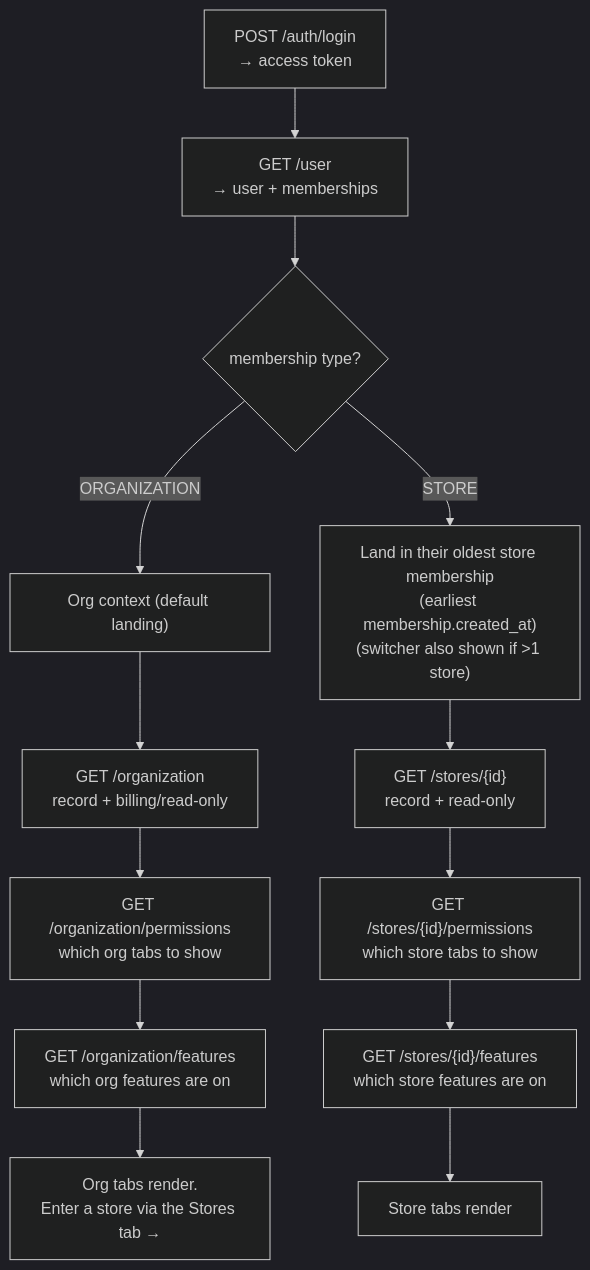
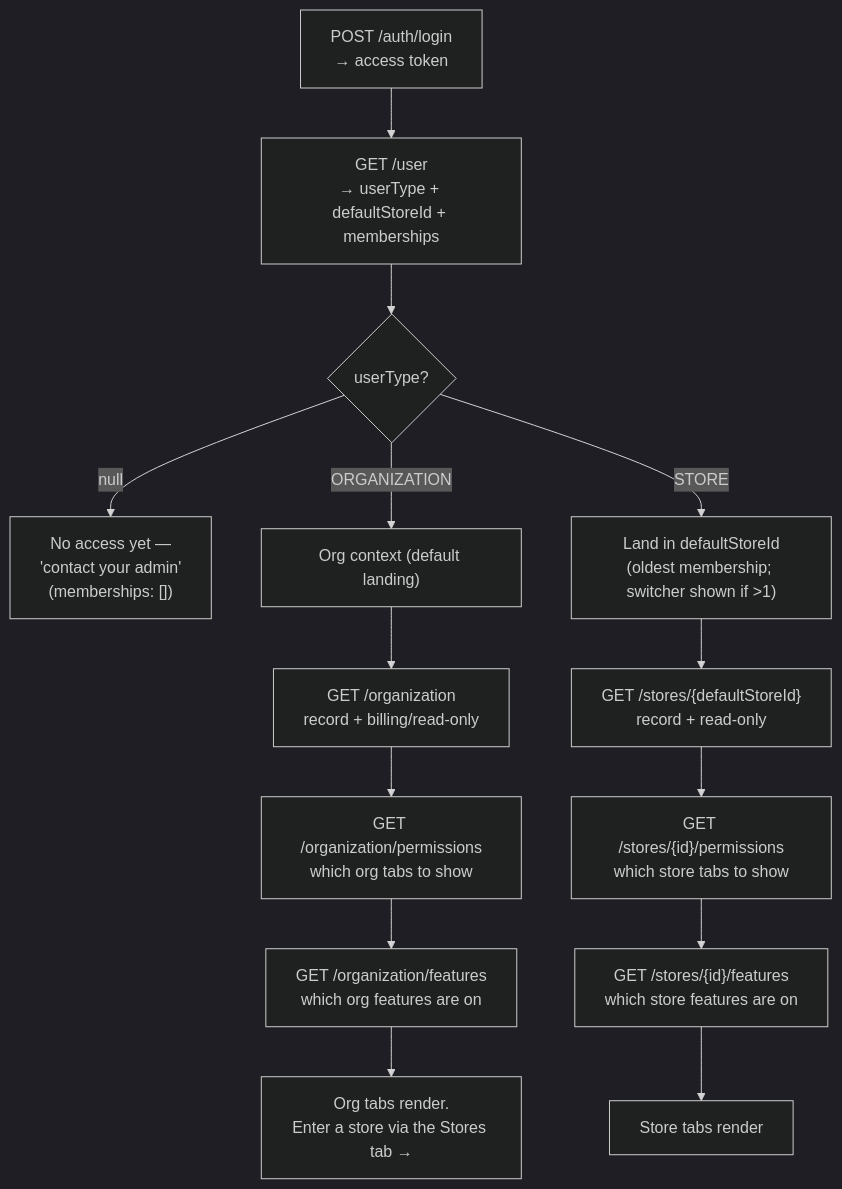
The second of 6 diagrams in docs/api.md (Shahrukh489/gekkosuite-api), drawn with Mermaid (dark theme) before and after one commit. The commit also changed other lines of this file, not shown here.

````diff
--- a/docs/api.md
+++ b/docs/api.md
@@ -96,17 +96,19 @@
 ```mermaid
 flowchart TD
-    L["POST /auth/login<br/>→ access token"] --> M["GET /user<br/>→ user + memberships"]
-    M --> Q{"membership type?"}
+    L["POST /auth/login<br/>→ access token"] --> M["GET /user<br/>→ userType + defaultStoreId + memberships"]
+    M --> Q{"userType?"}
+
+    Q -->|null| N["No access yet —<br/>'contact your admin'<br/>(memberships: [])"]
 
     Q -->|ORGANIZATION| O1["Org context (default landing)"]
     O1 --> O2["GET /organization<br/>record + billing/read-only"]
     O2 --> O3["GET /organization/permissions<br/>which org tabs to show"]
     O3 --> O4["GET /organization/features<br/>which org features are on"]
     O4 --> O5["Org tabs render.<br/>Enter a store via the Stores tab →"]
 
-    Q -->|STORE| S1["Land in their oldest store membership<br/>(earliest membership.created_at)<br/>(switcher also shown if >1 store)"]
-    S1 --> S2["GET /stores/{id}<br/>record + read-only"]
+    Q -->|STORE| S1["Land in defaultStoreId<br/>(oldest membership; switcher shown if >1)"]
+    S1 --> S2["GET /stores/{defaultStoreId}<br/>record + read-only"]
     S2 --> S3["GET /stores/{id}/permissions<br/>which store tabs to show"]
     S3 --> S4["GET /stores/{id}/features<br/>which store features are on"]
     S4 --> S5["Store tabs render"]
 ```
````
